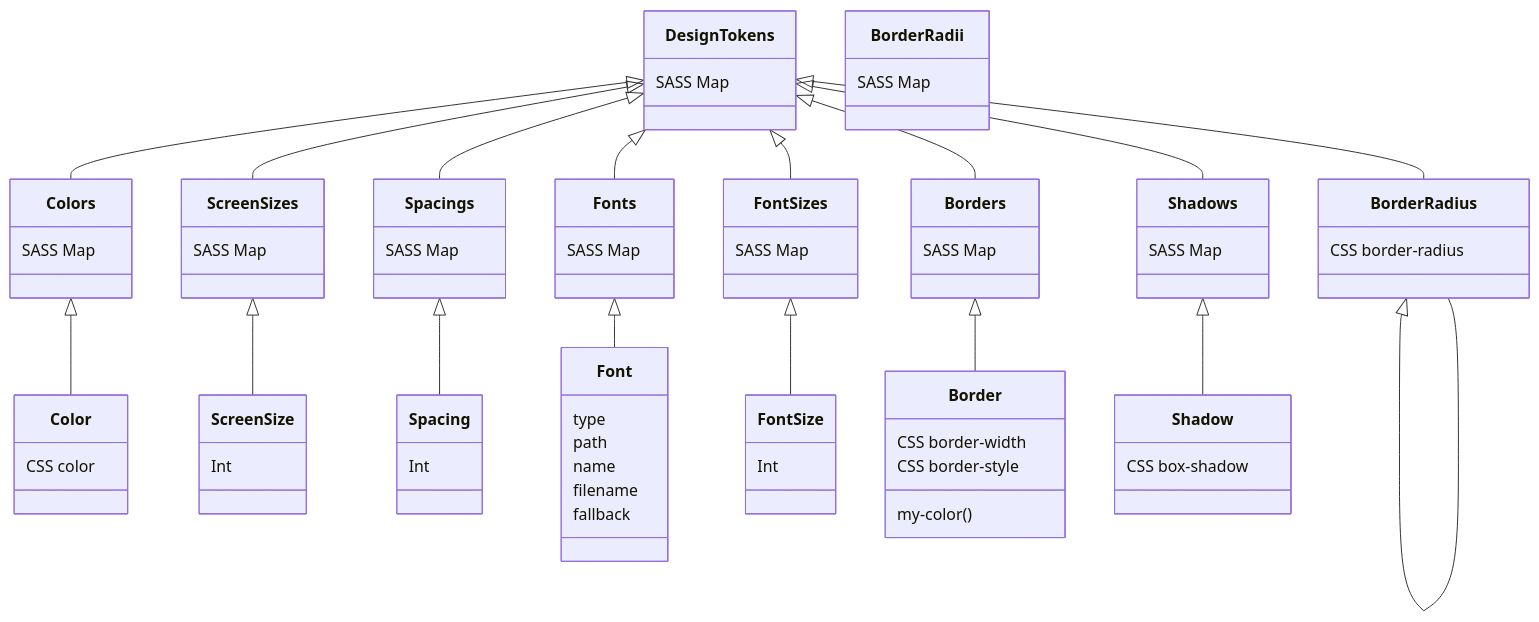
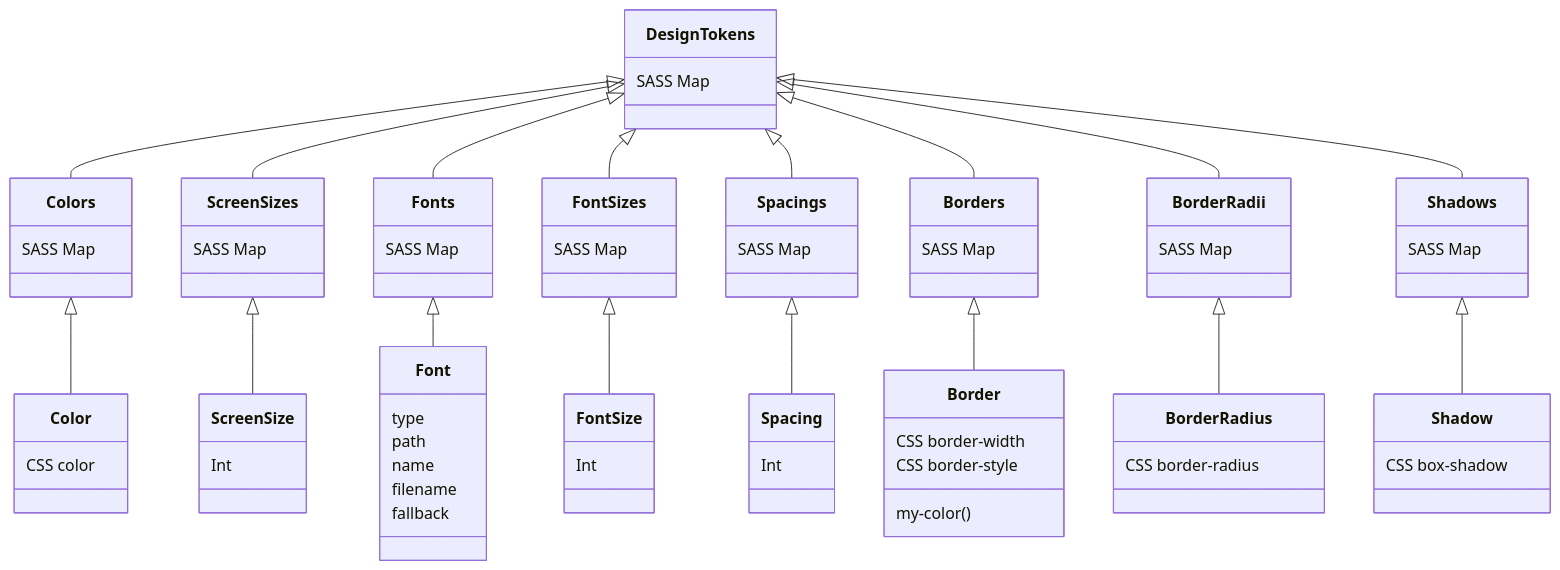
One commit to ita-design-system/.github changed the second of 2 diagrams in README.md. Above: the diagram before and after it, drawn with Mermaid.

````diff
--- a/README.md
+++ b/README.md
@@ -131,76 +131,76 @@
 ```mermaid
 classDiagram
     DesignTokens <|-- Colors
     DesignTokens <|-- ScreenSizes
     DesignTokens <|-- Fonts
     DesignTokens <|-- FontSizes
     DesignTokens <|-- Spacings
     DesignTokens <|-- Borders
-    DesignTokens <|-- BorderRadius
+    DesignTokens <|-- BorderRadii
     DesignTokens <|-- Shadows
     Colors <|-- Color
     ScreenSizes <|-- ScreenSize
     Spacings <|-- Spacing
     Fonts <|-- Font
     FontSizes <|-- FontSize
     Borders <|-- Border
-    BorderRadius <|-- BorderRadius
+    BorderRadii <|-- BorderRadius
     Shadows <|-- Shadow
     class DesignTokens{
         SASS Map
     }
     class Colors{
         SASS Map
     }
     class Color{
         CSS color
     }
     class ScreenSizes{
         SASS Map
     }
     class ScreenSize{
         Int
     }
     class Fonts{
         SASS Map
     }
     class Font{
         type
         path
         name
         filename
         fallback
     }
     class FontSizes{
         SASS Map
     }
     class FontSize{
         Int
     }
     class Spacings{
         SASS Map
     }
     class Spacing{
         Int
     }
     class Borders{
         SASS Map
     }
     class Border{
         CSS border-width
         CSS border-style
         my-color()
     }
     class BorderRadii{
         SASS Map
     }
     class BorderRadius{
         CSS border-radius
     }
     class Shadows{
         SASS Map
     }
     class Shadow{
         CSS box-shadow
     }
 ```
````
